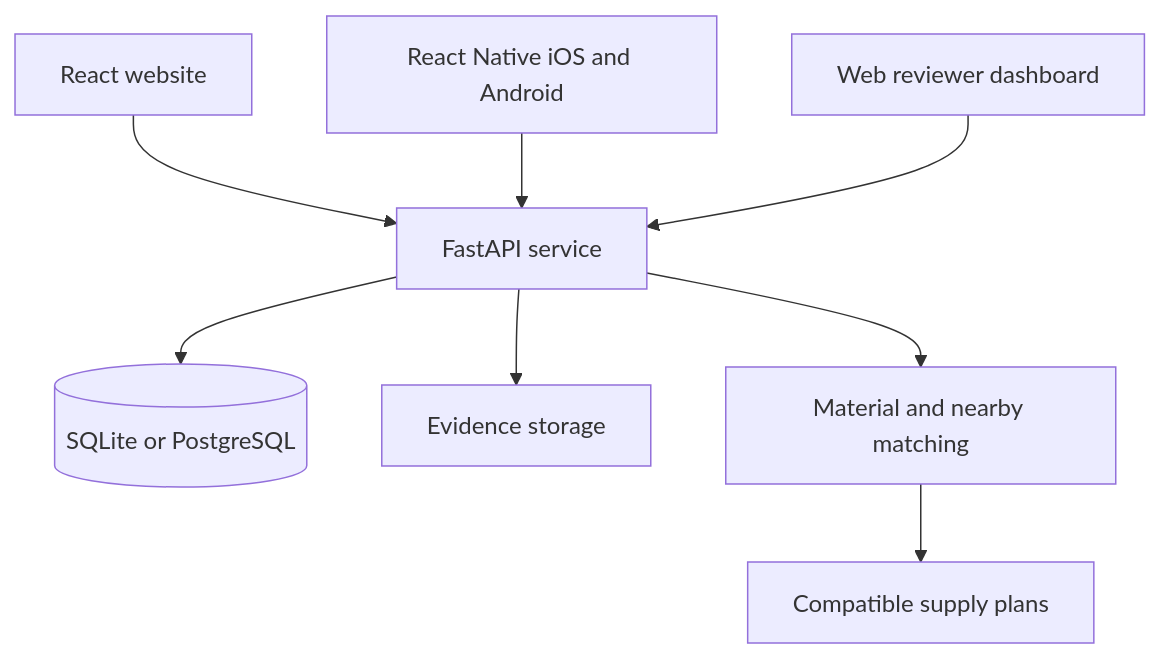
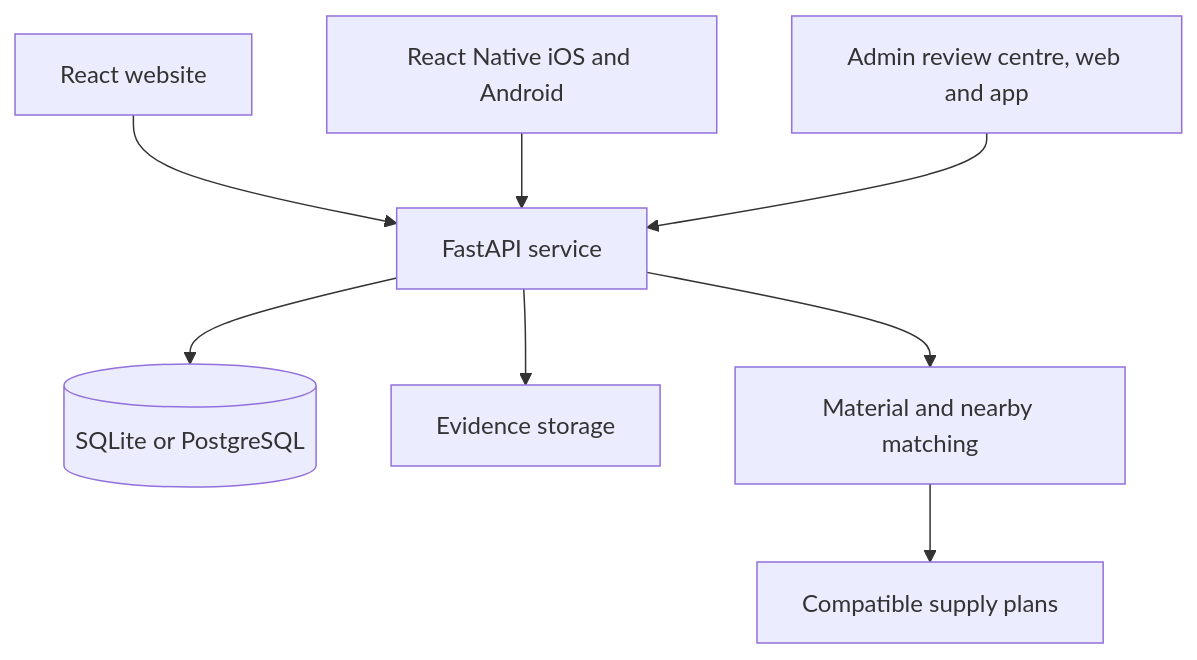
Before and after one commit to Dhruvil1308/MaterialSetu-for-HackOut-26: the first of 3 diagrams in docs/architecture.md, drawn with Mermaid. The commit also changed other lines of this file and 19 other files, not shown here.

````diff
--- a/docs/architecture.md
+++ b/docs/architecture.md
@@ -5,10 +5,10 @@
 ```mermaid
 flowchart TD
   W[React website] --> API[FastAPI service]
   N[React Native iOS and Android] --> API
-  R[Web reviewer dashboard] --> API
+  R[Admin review centre, web and app] --> API
   API --> DB[(SQLite or PostgreSQL)]
   API --> FILES[Evidence storage]
   API --> MATCH[Material and nearby matching]
   MATCH --> POOL[Compatible supply plans]
 ```
````
